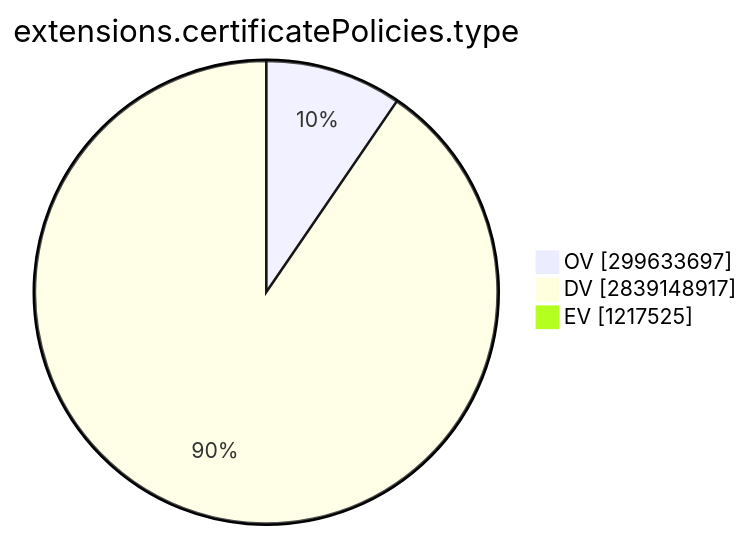
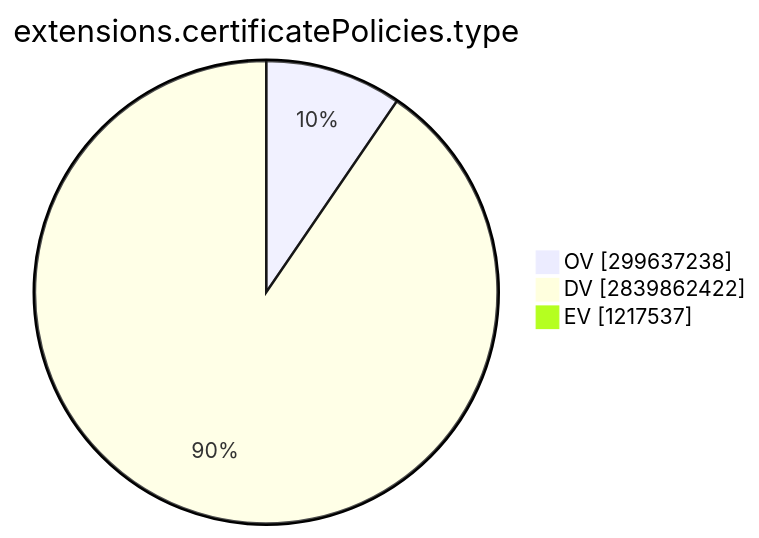
Before and after one commit to christiankrug/ctmonitor_visualization: the ninth of 15 diagrams in TOTAL/README.md, drawn with Mermaid. The commit also changed other lines of this file, not shown here.

````diff
--- a/TOTAL/README.md
+++ b/TOTAL/README.md
@@ -3101,7 +3101,7 @@
 ```mermaid
 pie showData
 title extensions.certificatePolicies.type
-"OV" :299633697
-"DV" :2839148917
-"EV" :1217525
+"OV" :299637238
+"DV" :2839862422
+"EV" :1217537
 ```
````
